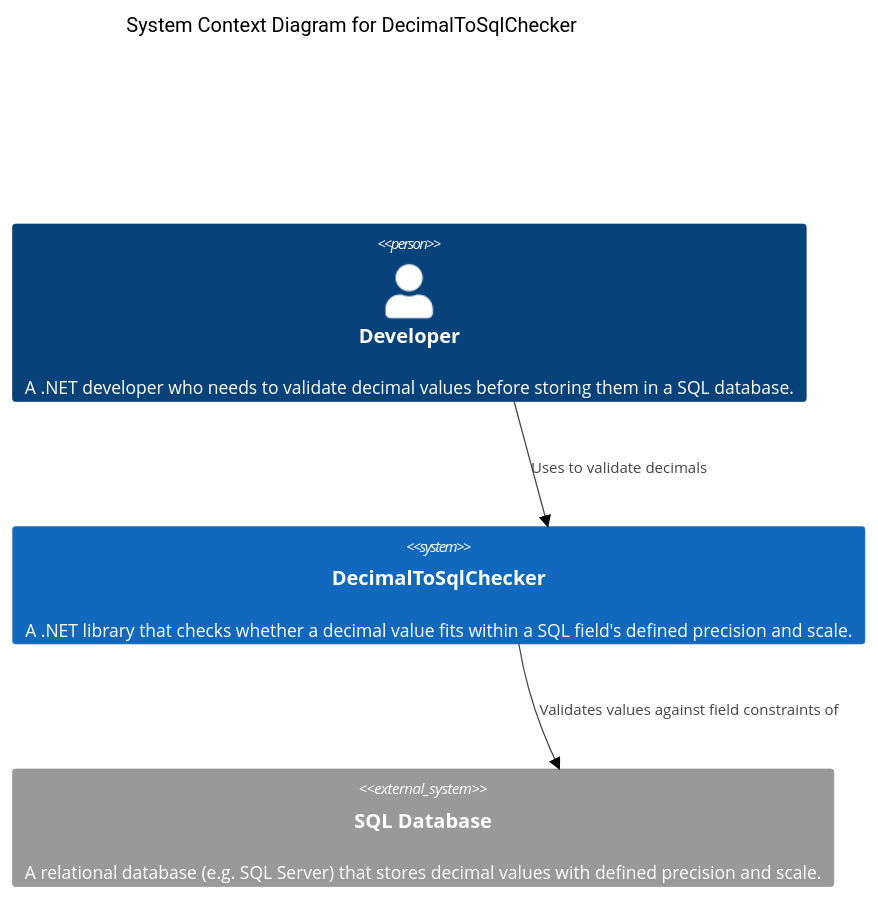
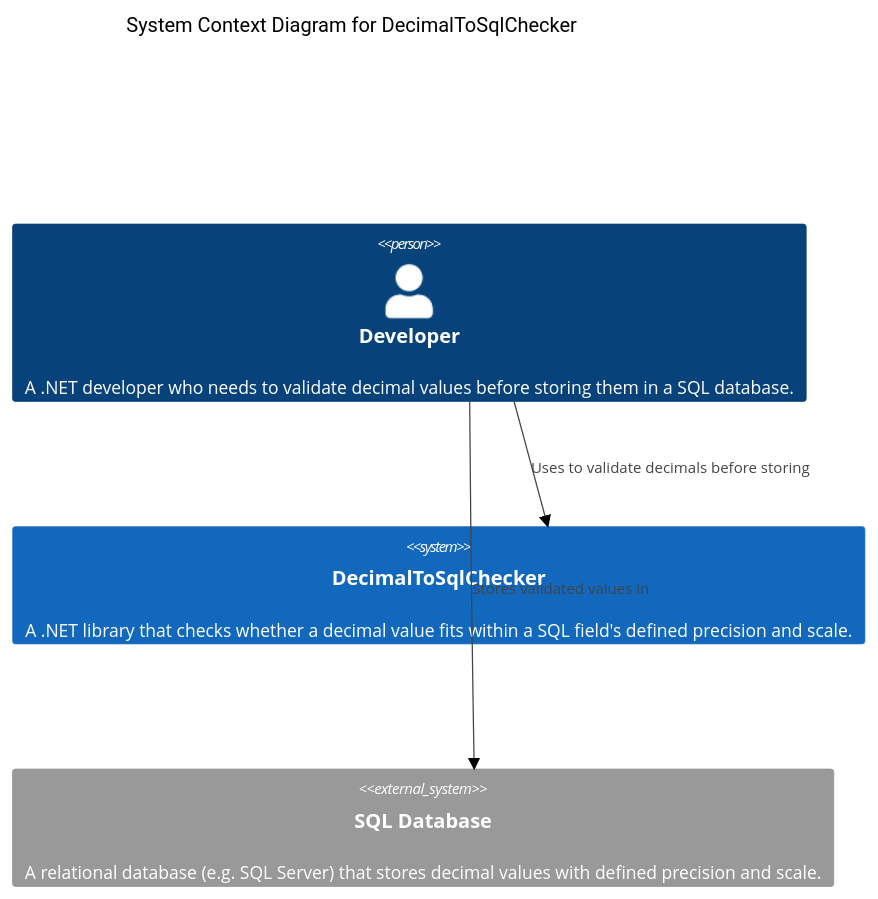
The first of 2 diagrams in README.md (grimley517/DecimalToSqlChecker), drawn with Mermaid (forest theme) before and after one commit. The commit also changed other lines of this file, not shown here.

First line of the commit message:
Fix C4 diagrams: correct relationships and switch container view to C4Component

````diff
--- a/README.md
+++ b/README.md
@@ -45,13 +45,13 @@
 ```mermaid
 C4Context
     title System Context Diagram for DecimalToSqlChecker
 
     Person(developer, "Developer", "A .NET developer who needs to validate decimal values before storing them in a SQL database.")
 
     System(decimalToSqlChecker, "DecimalToSqlChecker", "A .NET library that checks whether a decimal value fits within a SQL field's defined precision and scale.")
 
     System_Ext(sqlDatabase, "SQL Database", "A relational database (e.g. SQL Server) that stores decimal values with defined precision and scale.")
 
-    Rel(developer, decimalToSqlChecker, "Uses to validate decimals")
-    Rel(decimalToSqlChecker, sqlDatabase, "Validates values against field constraints of")
+    Rel(developer, decimalToSqlChecker, "Uses to validate decimals before storing")
+    Rel(developer, sqlDatabase, "Stores validated values in")
 ```
````
